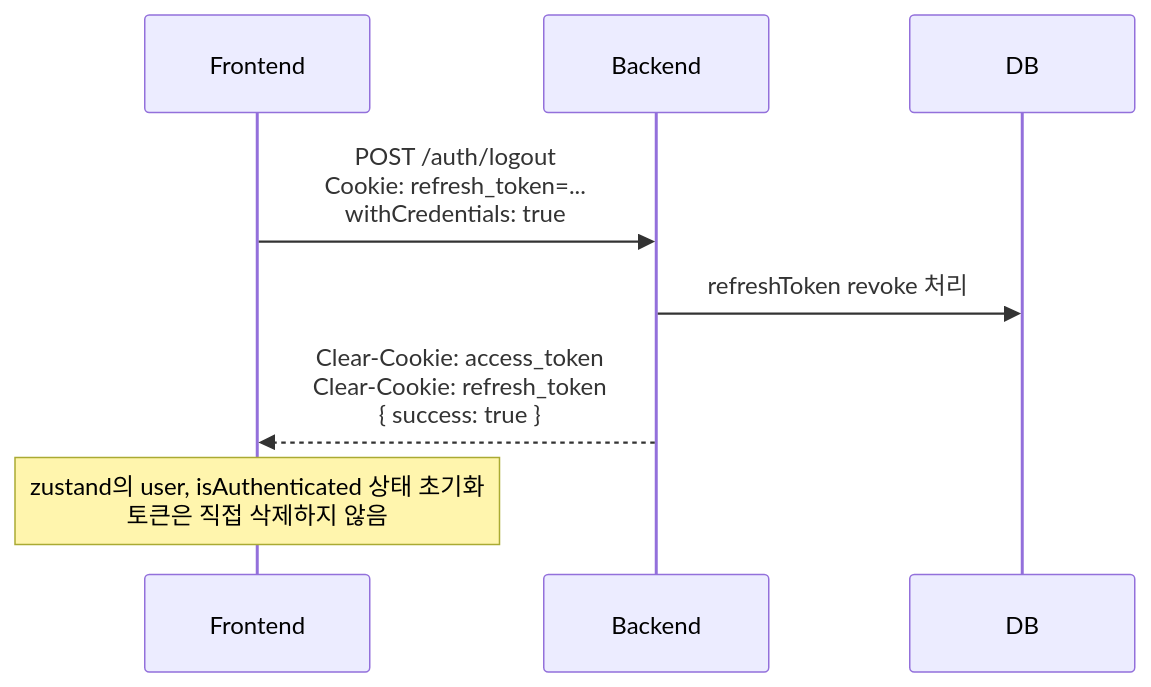
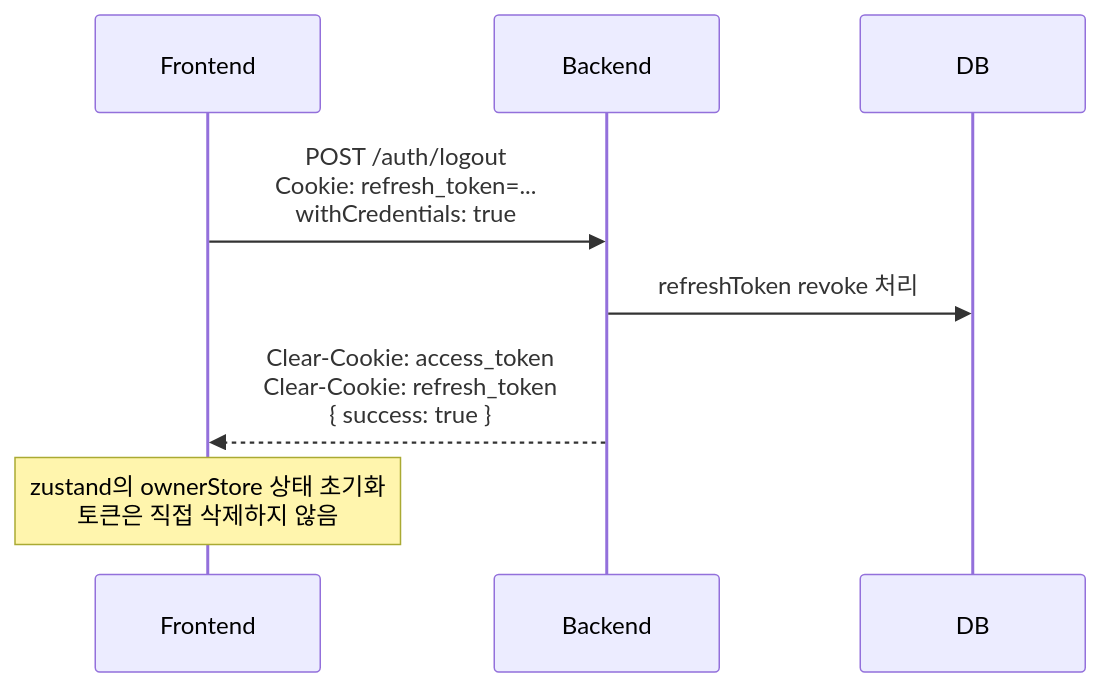
Before and after one commit to Pangho297/p-log_client: the fifth of 5 diagrams in docs/auth-token-flow.md, drawn with Mermaid. The commit also changed other lines of this file and 4 other files, not shown here.

````diff
--- a/docs/auth-token-flow.md
+++ b/docs/auth-token-flow.md
@@ -140,12 +140,12 @@
 ```mermaid
 sequenceDiagram
   participant FE as Frontend
   participant BE as Backend
   participant DB as DB
 
   FE->>BE: POST /auth/logout<br/>Cookie: refresh_token=...<br/>withCredentials: true
   BE->>DB: refreshToken revoke 처리
   BE-->>FE: Clear-Cookie: access_token<br/>Clear-Cookie: refresh_token<br/>{ success: true }
 
-  Note over FE: zustand의 user, isAuthenticated 상태 초기화<br/>토큰은 직접 삭제하지 않음
+  Note over FE: zustand의 ownerStore 상태 초기화<br/>토큰은 직접 삭제하지 않음
 ```
````
